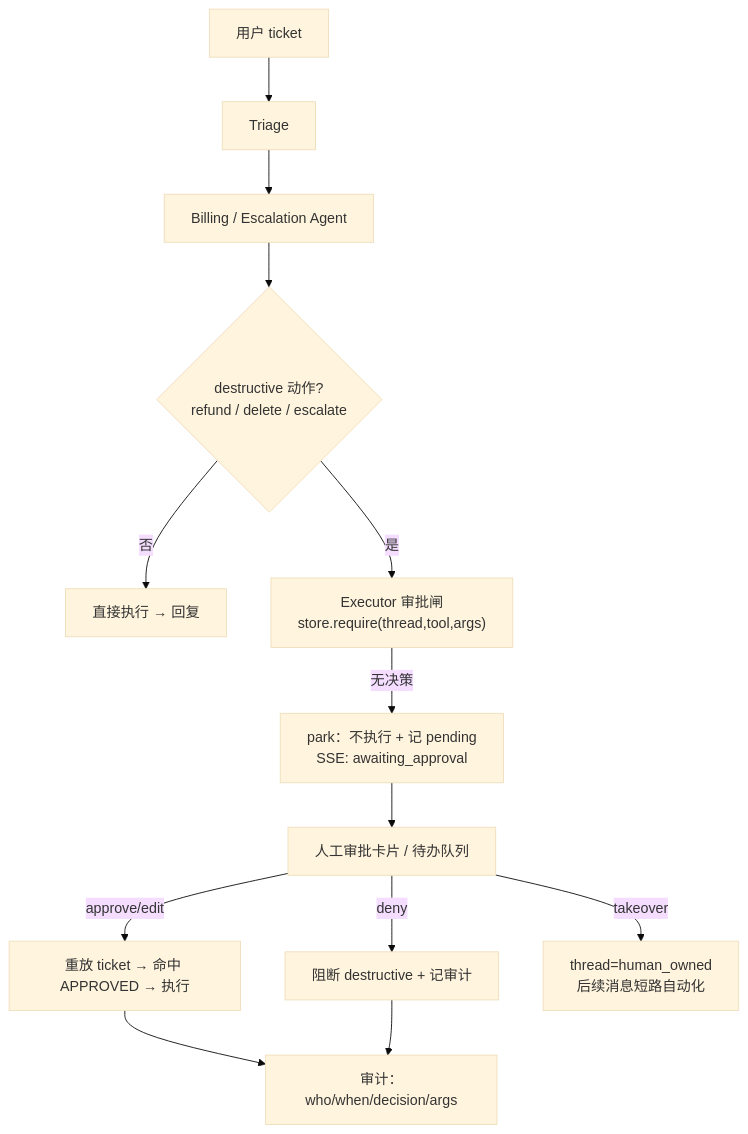
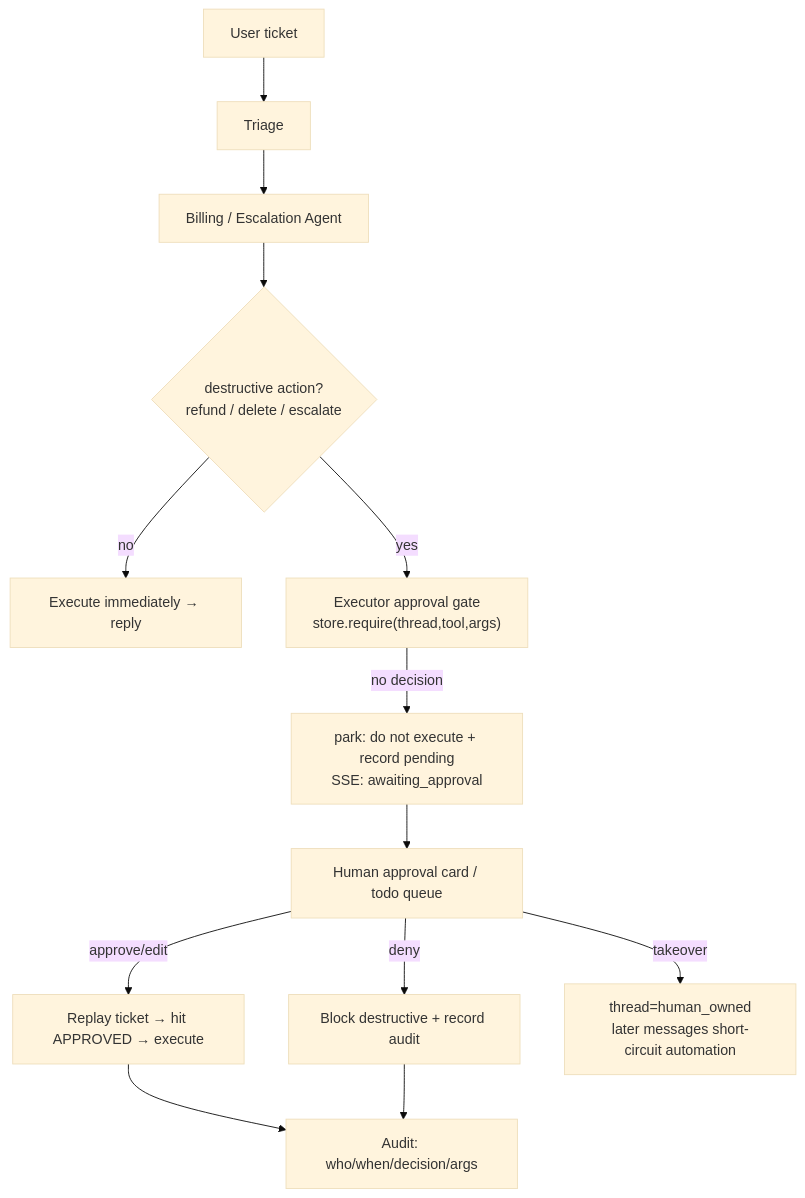
One commit to AndyUneducated/resolve-ai changed the diagram in docs/milestone-12-plan.md. Above: the diagram before and after it, drawn with Mermaid (base theme). The commit also changed other lines of this file and 79 other files, not shown here.

````diff
--- a/docs/milestone-12-plan.md
+++ b/docs/milestone-12-plan.md
@@ -9,15 +9,15 @@
 ```mermaid
 flowchart TD
-  u["用户 ticket"] --> tri["Triage"]
+  u["User ticket"] --> tri["Triage"]
   tri --> ba["Billing / Escalation Agent"]
-  ba --> risk{"destructive 动作?<br/>refund / delete / escalate"}
-  risk -- 否 --> done["直接执行 → 回复"]
-  risk -- 是 --> gate["Executor 审批闸<br/>store.require(thread,tool,args)"]
-  gate -- 无决策 --> park["park：不执行 + 记 pending<br/>SSE: awaiting_approval"]
-  park --> human["人工审批卡片 / 待办队列"]
-  human -- approve/edit --> replay["重放 ticket → 命中 APPROVED → 执行"]
-  human -- deny --> safe["阻断 destructive + 记审计"]
-  human -- takeover --> ho["thread=human_owned<br/>后续消息短路自动化"]
-  replay --> audit["审计：who/when/decision/args"]
+  ba --> risk{"destructive action?<br/>refund / delete / escalate"}
+  risk -- no --> done["Execute immediately → reply"]
+  risk -- yes --> gate["Executor approval gate<br/>store.require(thread,tool,args)"]
+  gate -- no decision --> park["park: do not execute + record pending<br/>SSE: awaiting_approval"]
+  park --> human["Human approval card / todo queue"]
+  human -- approve/edit --> replay["Replay ticket → hit APPROVED → execute"]
+  human -- deny --> safe["Block destructive + record audit"]
+  human -- takeover --> ho["thread=human_owned<br/>later messages short-circuit automation"]
+  replay --> audit["Audit: who/when/decision/args"]
   safe --> audit
 ```
````
